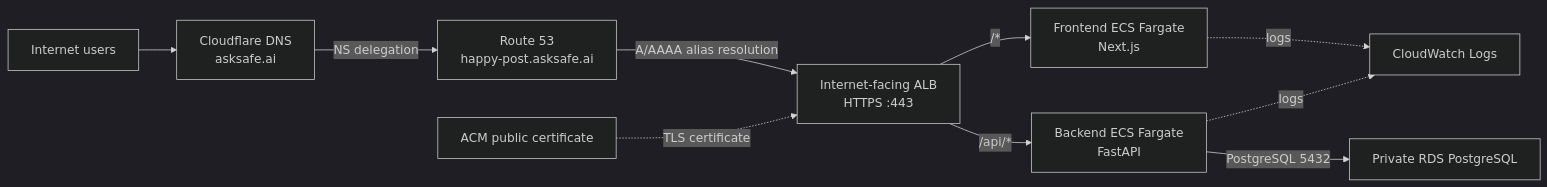
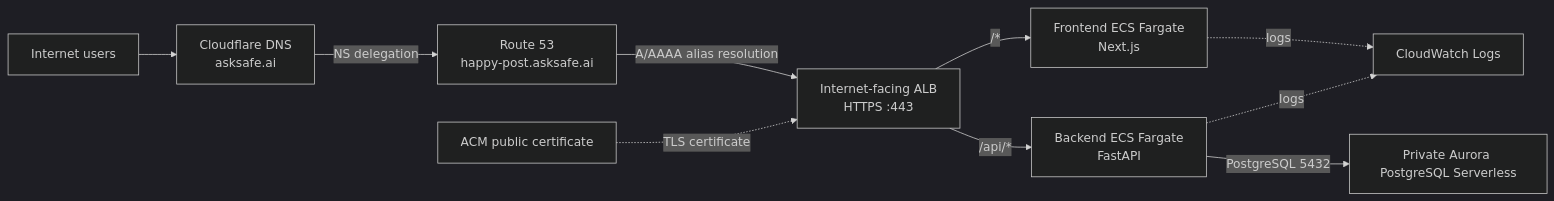
The diagram in README.md (afaryy/happy-post), drawn with Mermaid (dark theme) before and after one commit. The commit also changed other lines of this file and 21 other files, not shown here.

Commit message:
feat: add Aurora Serverless data stack

````diff
--- a/README.md
+++ b/README.md
@@ -68,12 +68,12 @@
 ```mermaid
 flowchart LR
     users[Internet users] --> cloudflare[Cloudflare DNS<br/>asksafe.ai]
     cloudflare -->|NS delegation| route53[Route 53<br/>happy-post.asksafe.ai]
     route53 -->|A/AAAA alias resolution| alb[Internet-facing ALB<br/>HTTPS :443]
     acm[ACM public certificate] -. "TLS certificate" .-> alb
     alb -->|/*| frontend[Frontend ECS Fargate<br/>Next.js]
     alb -->|/api/*| backend[Backend ECS Fargate<br/>FastAPI]
-    backend -->|PostgreSQL 5432| rds[Private RDS PostgreSQL]
+    backend -->|PostgreSQL 5432| aurora[Private Aurora PostgreSQL Serverless]
     frontend -. logs .-> logs[CloudWatch Logs]
     backend -. logs .-> logs
 ```
````
